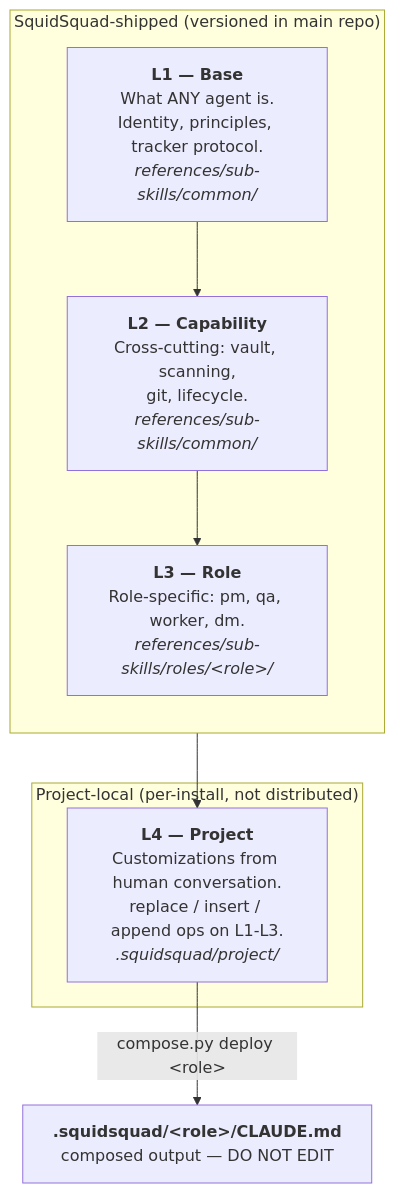
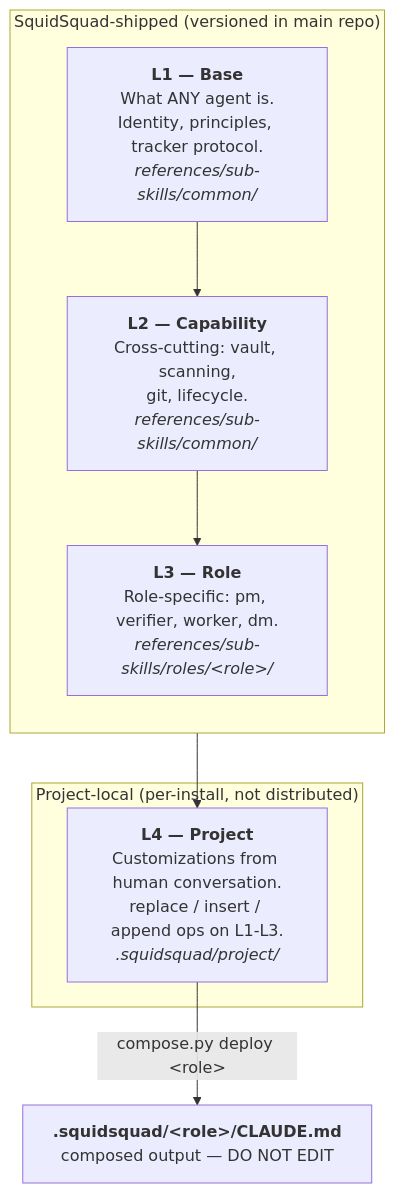
Before and after one commit to WallyDoodlez/SquidSquad: the second of 8 diagrams in docs/COMPOSE-ARCHITECTURE.md, drawn with Mermaid. The commit also changed other lines of this file and 1 other file, not shown here.

First line of the commit message:
pm: docs role-name sweep — qa → verifier, Dev → Worker

````diff
--- a/docs/COMPOSE-ARCHITECTURE.md
+++ b/docs/COMPOSE-ARCHITECTURE.md
@@ -77,15 +77,15 @@
 ```mermaid
 flowchart TB
   subgraph SHIP["SquidSquad-shipped (versioned in main repo)"]
     direction TB
     L1["<b>L1 — Base</b><br/>What ANY agent is.<br/>Identity, principles, tracker protocol.<br/><i>references/sub-skills/common/</i>"]
     L2["<b>L2 — Capability</b><br/>Cross-cutting: vault, scanning,<br/>git, lifecycle.<br/><i>references/sub-skills/common/</i>"]
-    L3["<b>L3 — Role</b><br/>Role-specific: pm, qa, worker, dm.<br/><i>references/sub-skills/roles/&lt;role&gt;/</i>"]
+    L3["<b>L3 — Role</b><br/>Role-specific: pm, verifier, worker, dm.<br/><i>references/sub-skills/roles/&lt;role&gt;/</i>"]
     L1 --> L2 --> L3
   end
   subgraph LOCAL["Project-local (per-install, not distributed)"]
     L4["<b>L4 — Project</b><br/>Customizations from human conversation.<br/>replace / insert / append ops on L1-L3.<br/><i>.squidsquad/project/</i>"]
   end
   L3 --> L4
   L4 -->|"compose.py deploy &lt;role&gt;"| OUT["<b>.squidsquad/&lt;role&gt;/CLAUDE.md</b><br/>composed output — DO NOT EDIT"]
 ```
````
